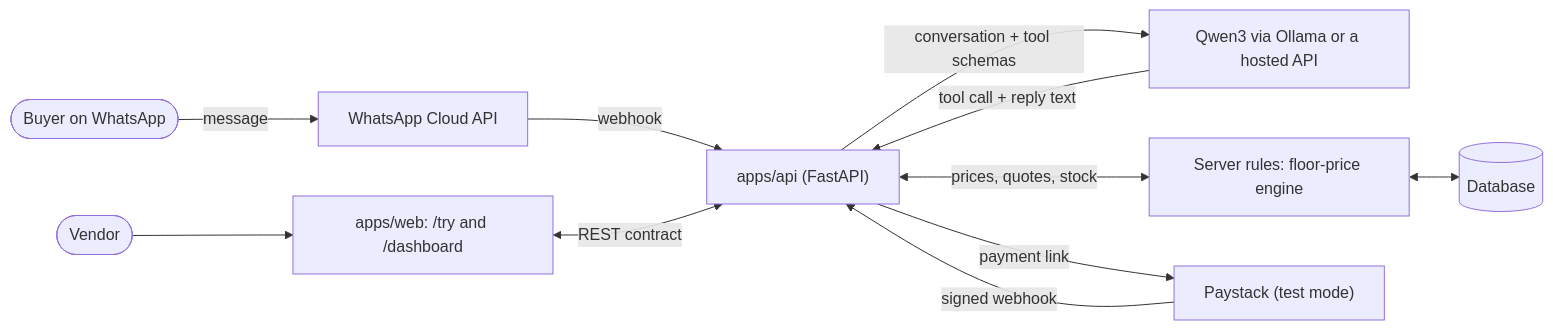
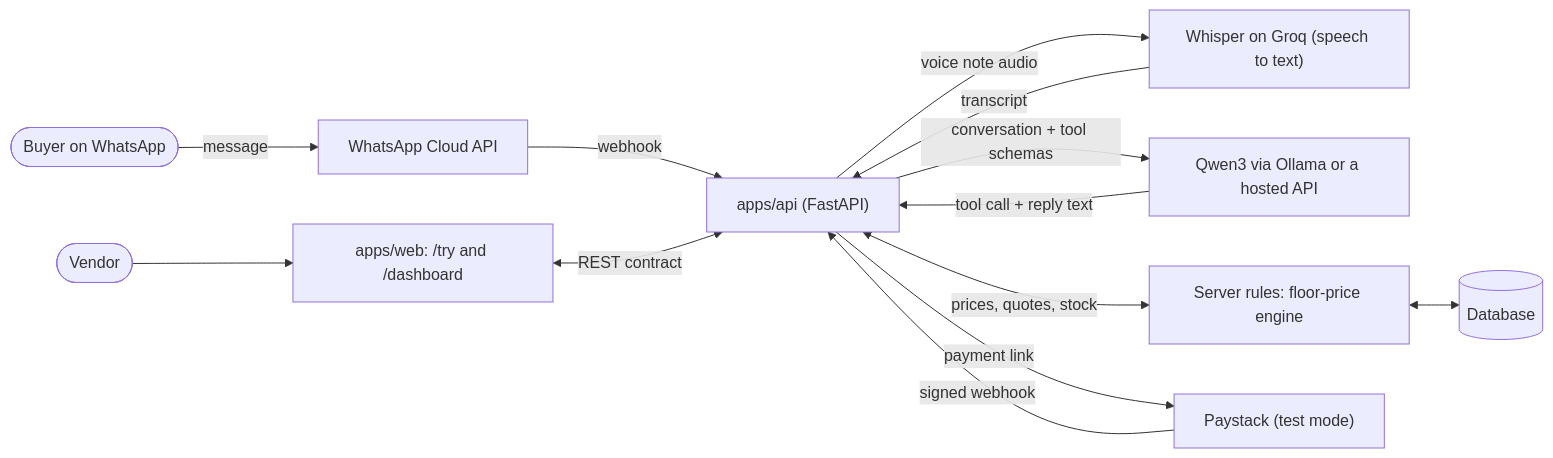
One commit to adeyanjufuhad/sowo changed the diagram in README.md. Above: the diagram before and after it, drawn with Mermaid. The commit also changed other lines of this file and 23 other files, not shown here.

````diff
--- a/README.md
+++ b/README.md
@@ -149,13 +149,15 @@
 ```mermaid
 flowchart LR
     buyer(["Buyer on WhatsApp"]) -->|message| wa["WhatsApp Cloud API"]
     wa -->|webhook| api["apps/api (FastAPI)"]
+    api -->|"voice note audio"| stt["Whisper on Groq (speech to text)"]
+    stt -->|"transcript"| api
     api -->|"conversation + tool schemas"| llm["Qwen3 via Ollama or a hosted API"]
     llm -->|"tool call + reply text"| api
     api <-->|"prices, quotes, stock"| rules["Server rules: floor-price engine"]
     rules <--> db[("Database")]
     api -->|"payment link"| ps["Paystack (test mode)"]
     ps -->|"signed webhook"| api
     vendor(["Vendor"]) --> web["apps/web: /try and /dashboard"]
     web <-->|"REST contract"| api
 ```
````
